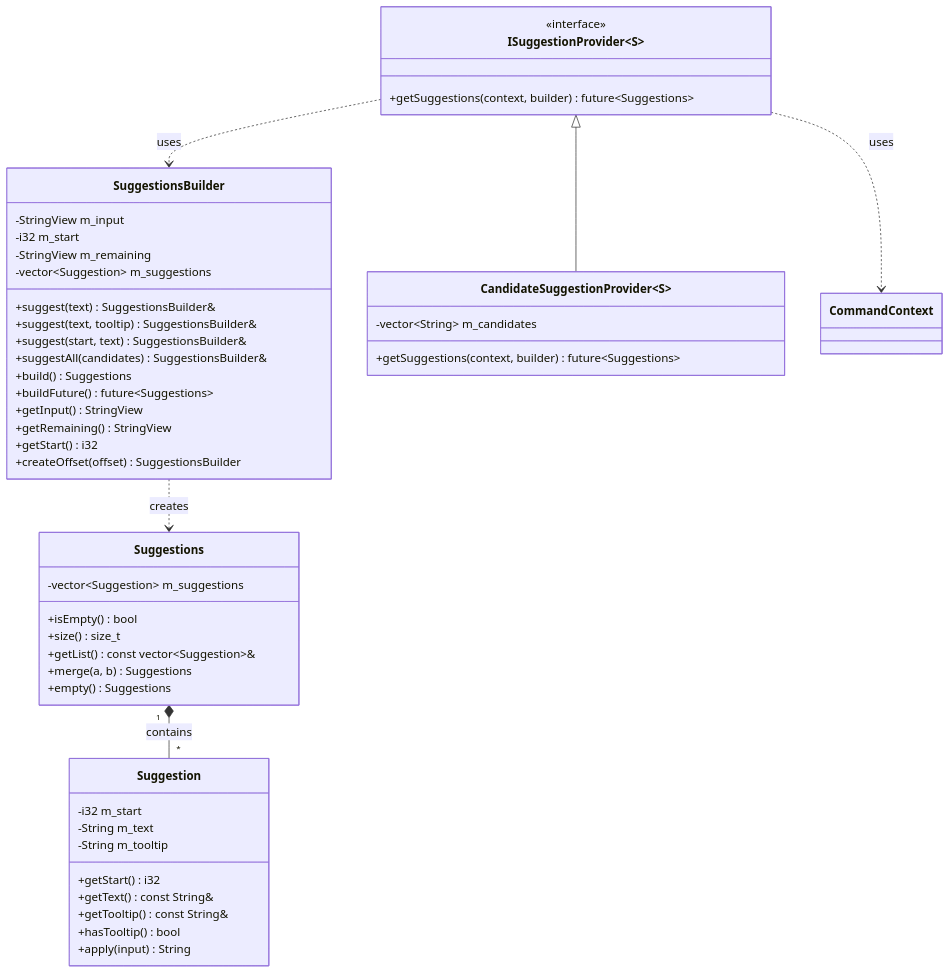
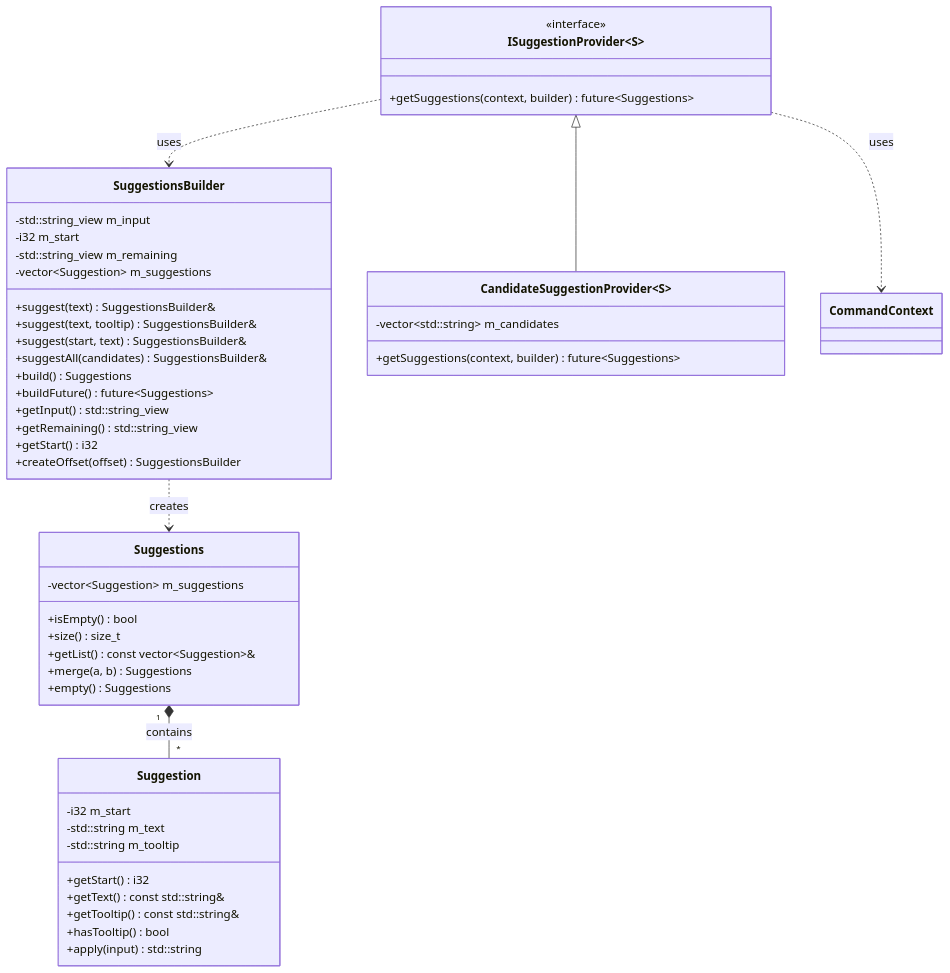
One commit to g122622/Cubium changed the first of 3 diagrams in src/common/command/suggestions/README.md. Above: the diagram before and after it, drawn with Mermaid. The commit also changed other lines of this file and 823 other files, not shown here.

````diff
--- a/src/common/command/suggestions/README.md
+++ b/src/common/command/suggestions/README.md
@@ -20,55 +20,55 @@
 ```mermaid
 classDiagram
     class Suggestion {
         -i32 m_start
-        -String m_text
-        -String m_tooltip
+        -std::string m_text
+        -std::string m_tooltip
         +getStart() i32
-        +getText() const String&
-        +getTooltip() const String&
+        +getText() const std::string&
+        +getTooltip() const std::string&
         +hasTooltip() bool
-        +apply(input) String
+        +apply(input) std::string
     }
 
     class Suggestions {
         -vector~Suggestion~ m_suggestions
         +isEmpty() bool
         +size() size_t
         +getList() const vector~Suggestion~&
         +merge(a, b) Suggestions
         +empty() Suggestions
     }
 
     class SuggestionsBuilder {
-        -StringView m_input
+        -std::string_view m_input
         -i32 m_start
-        -StringView m_remaining
+        -std::string_view m_remaining
         -vector~Suggestion~ m_suggestions
         +suggest(text) SuggestionsBuilder&
         +suggest(text, tooltip) SuggestionsBuilder&
         +suggest(start, text) SuggestionsBuilder&
         +suggestAll(candidates) SuggestionsBuilder&
         +build() Suggestions
         +buildFuture() future~Suggestions~
-        +getInput() StringView
-        +getRemaining() StringView
+        +getInput() std::string_view
+        +getRemaining() std::string_view
         +getStart() i32
         +createOffset(offset) SuggestionsBuilder
     }
 
     class ISuggestionProvider~S~ {
         <<interface>>
         +getSuggestions(context, builder) future~Suggestions~
     }
 
     class CandidateSuggestionProvider~S~ {
-        -vector~String~ m_candidates
+        -vector~std::string~ m_candidates
         +getSuggestions(context, builder) future~Suggestions~
     }
 
     Suggestions "1" *-- "*" Suggestion : contains
     SuggestionsBuilder ..> Suggestions : creates
     ISuggestionProvider <|-- CandidateSuggestionProvider
     ISuggestionProvider ..> CommandContext : uses
     ISuggestionProvider ..> SuggestionsBuilder : uses
 ```
````
